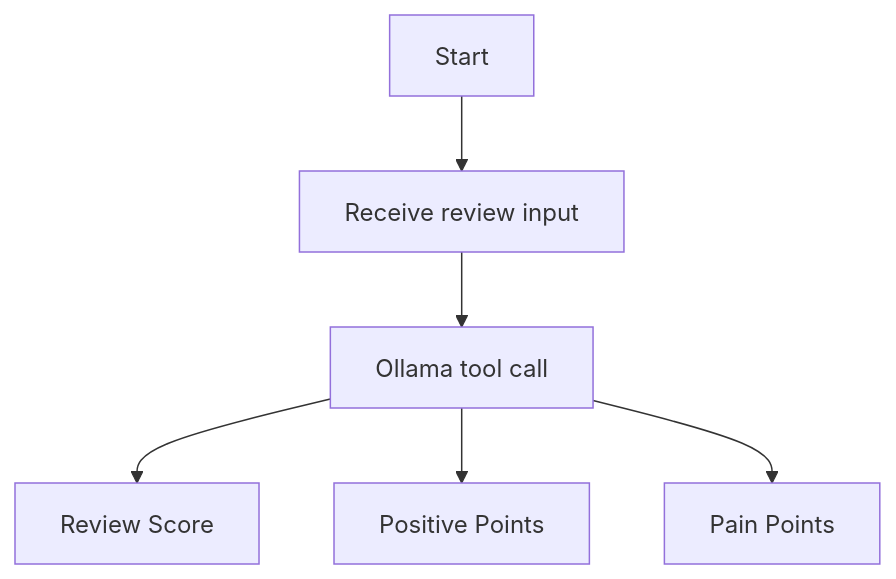
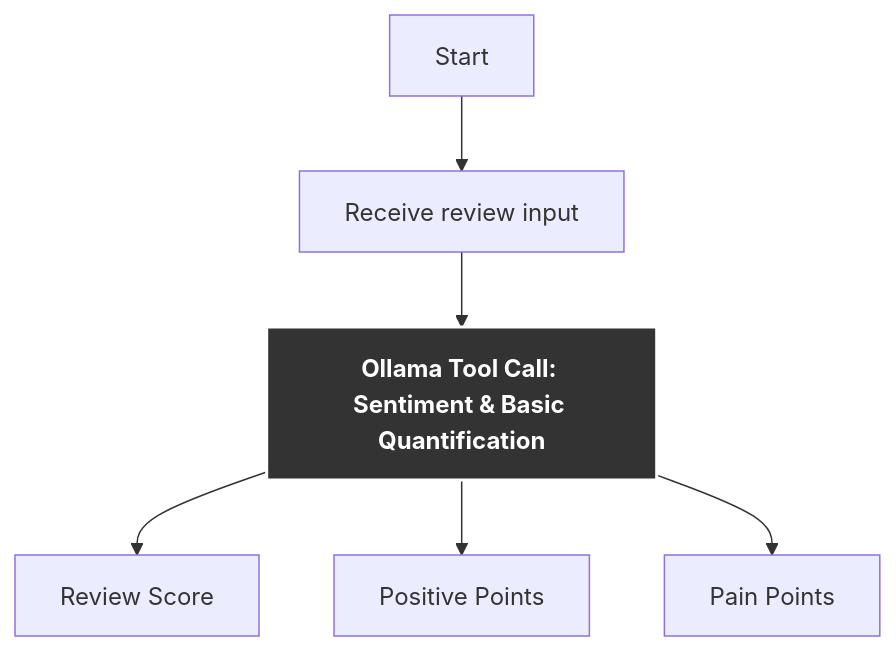
One commit to devanjanmishra/Canonicalization-via-Ollama-LLMs changed the diagram in basic_sentiment_analysis/README.md. Above: the diagram before and after it, drawn with Mermaid. The commit also changed 6 other files, not shown here.

````diff
--- a/basic_sentiment_analysis/README.md
+++ b/basic_sentiment_analysis/README.md
@@ -11,9 +11,15 @@
 ```mermaid
 flowchart TD
     A[Start] --> B[Receive review input]
-    B --> C[Ollama tool call]
+    B --> C[Ollama Tool Call: Sentiment & Basic Quantification]
     C --> D1[Review Score]
     C --> D2[Positive Points]
     C --> D3[Pain Points]
 
+    %% Apply class to important nodes
+    class C, highlight;
+
+    %% Define highlight class with dark grey background and white text
+    classDef highlight fill:#333,stroke:#fff,stroke-width:2px,color:#fff,font-weight:bold;
+
 ```
````
